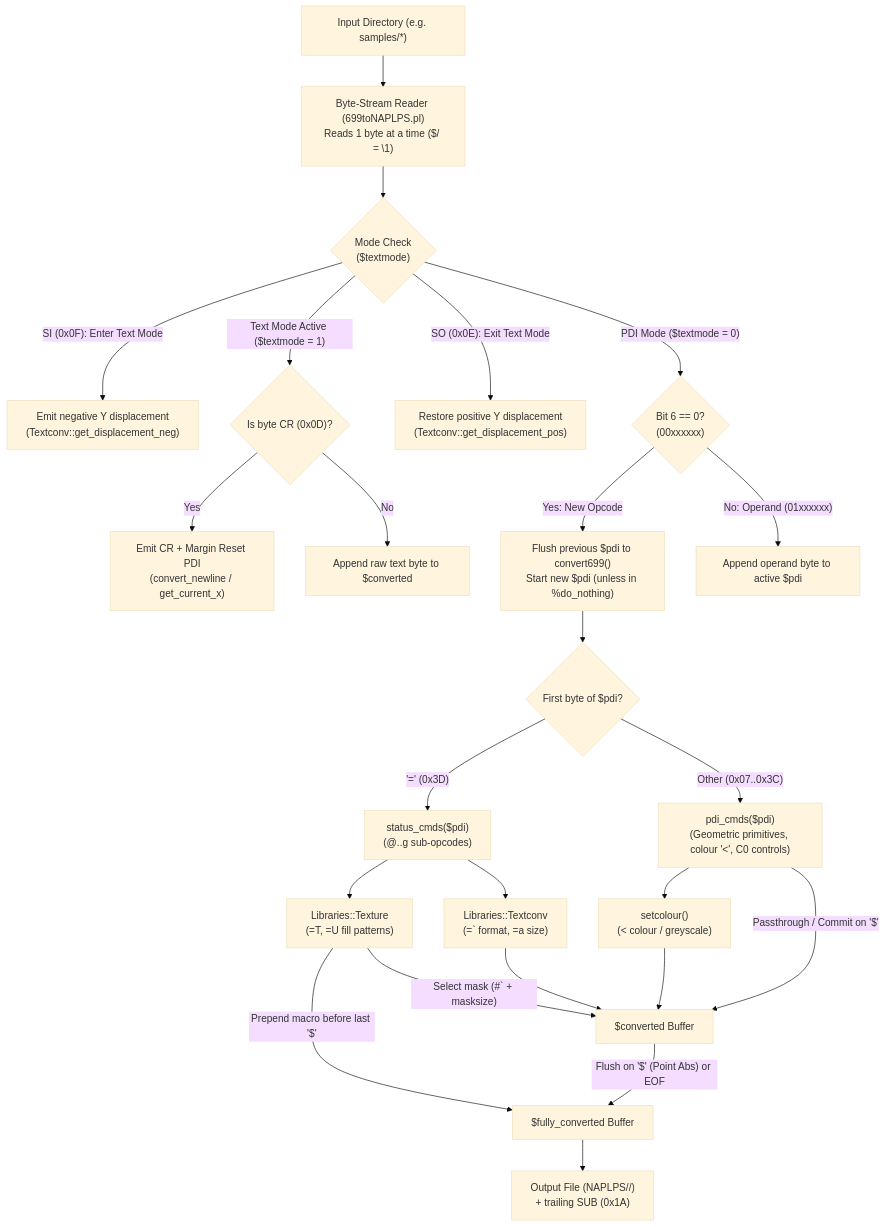
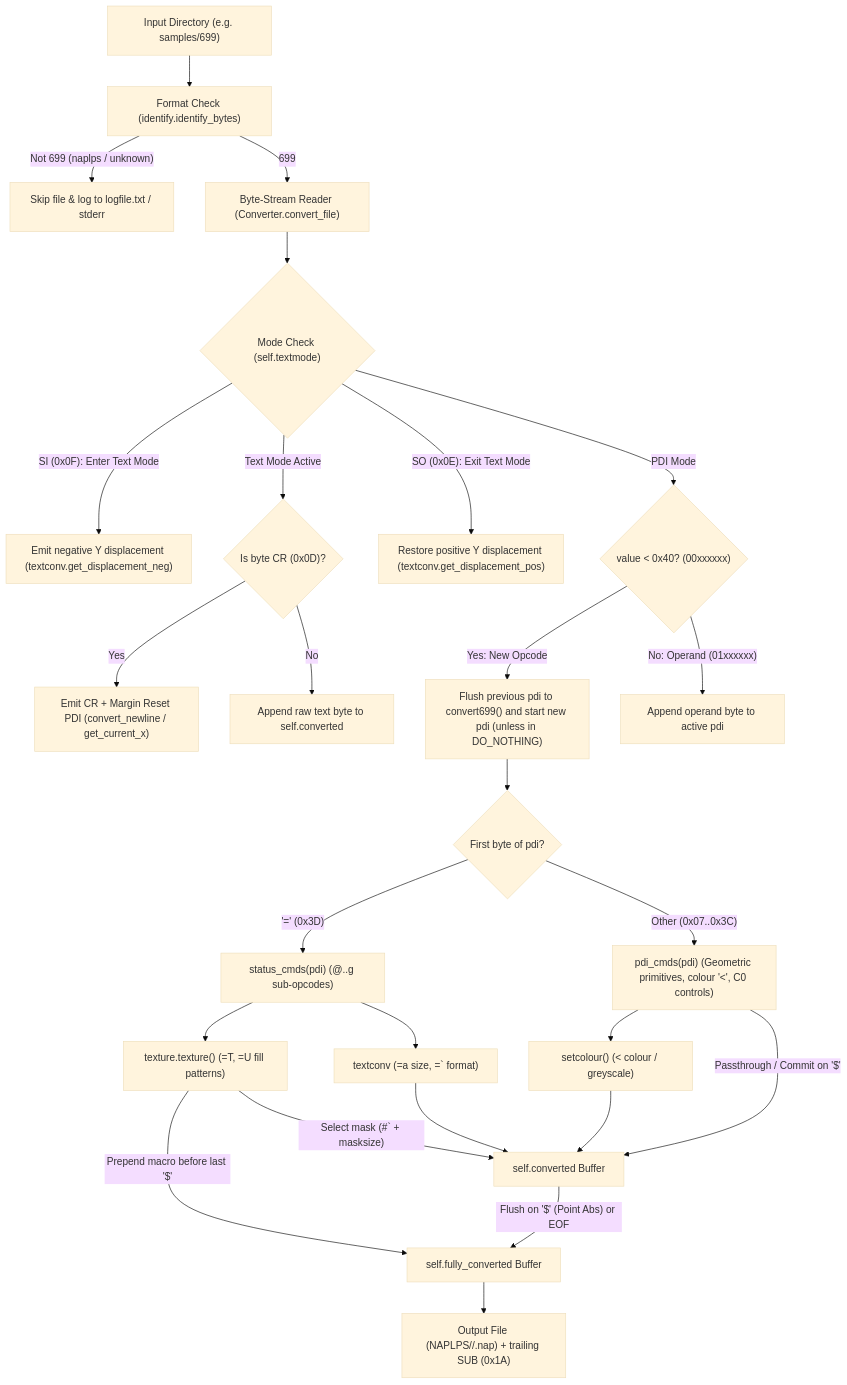
Before and after one commit to n1ckfg/Telidon699toNAPLPS: the diagram in ARCHITECTURE.md, drawn with Mermaid (base theme). The commit also changed other lines of this file, not shown here.

````diff
--- a/ARCHITECTURE.md
+++ b/ARCHITECTURE.md
@@ -39,31 +40,33 @@
 ```mermaid
 flowchart TD
-    A["Input Directory (e.g. samples/*)"] --> B["Byte-Stream Reader (699toNAPLPS.pl)<br/>Reads 1 byte at a time ($/ = \1)"]
-    B --> C{"Mode Check<br/>($textmode)"}
+    A["Input Directory (e.g. samples/699)"] --> V["Format Check (identify.identify_bytes)"]
+    V -- "Not 699 (naplps / unknown)" --> SKIP["Skip file & log to logfile.txt / stderr"]
+    V -- "699" --> B["Byte-Stream Reader (Converter.convert_file)"]
+    B --> C{"Mode Check (self.textmode)"}
 
-    C -- "SI (0x0F): Enter Text Mode" --> D["Emit negative Y displacement<br/>(Textconv::get_displacement_neg)"]
-    C -- "Text Mode Active ($textmode = 1)" --> E{"Is byte CR (0x0D)?"}
-    E -- "Yes" --> F["Emit CR + Margin Reset PDI<br/>(convert_newline / get_current_x)"]
-    E -- "No" --> G["Append raw text byte to $converted"]
-    C -- "SO (0x0E): Exit Text Mode" --> H["Restore positive Y displacement<br/>(Textconv::get_displacement_pos)"]
+    C -- "SI (0x0F): Enter Text Mode" --> D["Emit negative Y displacement (textconv.get_displacement_neg)"]
+    C -- "Text Mode Active" --> E{"Is byte CR (0x0D)?"}
+    E -- "Yes" --> F["Emit CR + Margin Reset PDI (convert_newline / get_current_x)"]
+    E -- "No" --> G["Append raw text byte to self.converted"]
+    C -- "SO (0x0E): Exit Text Mode" --> H["Restore positive Y displacement (textconv.get_displacement_pos)"]
 
-    C -- "PDI Mode ($textmode = 0)" --> I{"Bit 6 == 0?<br/>(00xxxxxx)"}
-    I -- "Yes: New Opcode" --> J["Flush previous $pdi to convert699()<br/>Start new $pdi (unless in %do_nothing)"]
-    I -- "No: Operand (01xxxxxx)" --> K["Append operand byte to active $pdi"]
+    C -- "PDI Mode" --> I{"value < 0x40? (00xxxxxx)"}
+    I -- "Yes: New Opcode" --> J["Flush previous pdi to convert699() and start new pdi (unless in DO_NOTHING)"]
+    I -- "No: Operand (01xxxxxx)" --> K["Append operand byte to active pdi"]
 
-    J --> L{"First byte of $pdi?"}
-    L -- "'=' (0x3D)" --> M["status_cmds($pdi)<br/>(@..g sub-opcodes)"]
-    L -- "Other (0x07..0x3C)" --> N["pdi_cmds($pdi)<br/>(Geometric primitives, colour '<', C0 controls)"]
+    J --> L{"First byte of pdi?"}
+    L -- "'=' (0x3D)" --> M["status_cmds(pdi) (@..g sub-opcodes)"]
+    L -- "Other (0x07..0x3C)" --> N["pdi_cmds(pdi) (Geometric primitives, colour '<', C0 controls)"]
 
-    M --> O["Libraries::Texture<br/>(=T, =U fill patterns)"]
-    M --> P["Libraries::Textconv<br/>(=` format, =a size)"]
-    N --> Q["setcolour()<br/>(< colour / greyscale)"]
+    M --> O["texture.texture() (=T, =U fill patterns)"]
+    M --> P["textconv (=a size, =` format)"]
+    N --> Q["setcolour() (< colour / greyscale)"]
 
-    O -- "Prepend macro before last '$'" --> R["$fully_converted Buffer"]
-    O -- "Select mask (#` + masksize)" --> S["$converted Buffer"]
+    O -- "Prepend macro before last '$'" --> R["self.fully_converted Buffer"]
+    O -- "Select mask (#` + masksize)" --> S["self.converted Buffer"]
     P --> S
     Q --> S
     N -- "Passthrough / Commit on '$'" --> S
     S -- "Flush on '$' (Point Abs) or EOF" --> R
-    R --> T["Output File (NAPLPS/<indir>/<file>)<br/>+ trailing SUB (0x1A)"]
+    R --> T["Output File (NAPLPS/<indir>/<file>.nap) + trailing SUB (0x1A)"]
 ```
````
